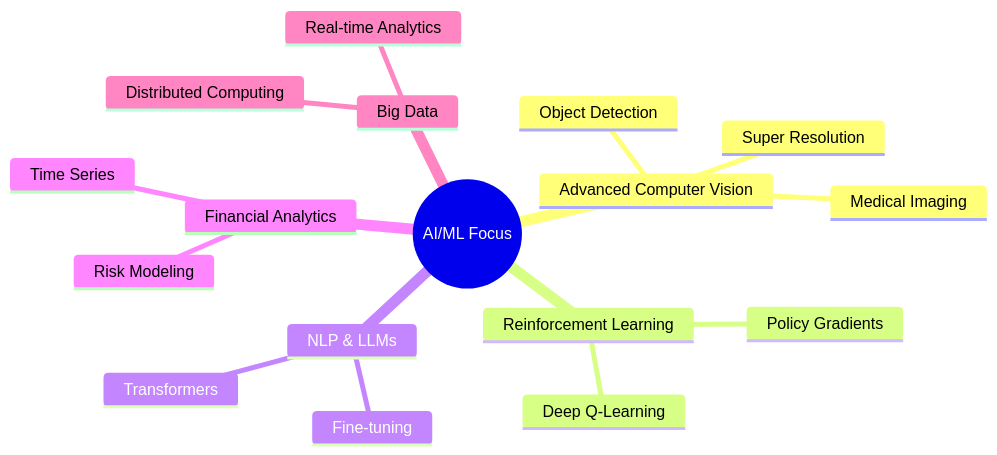
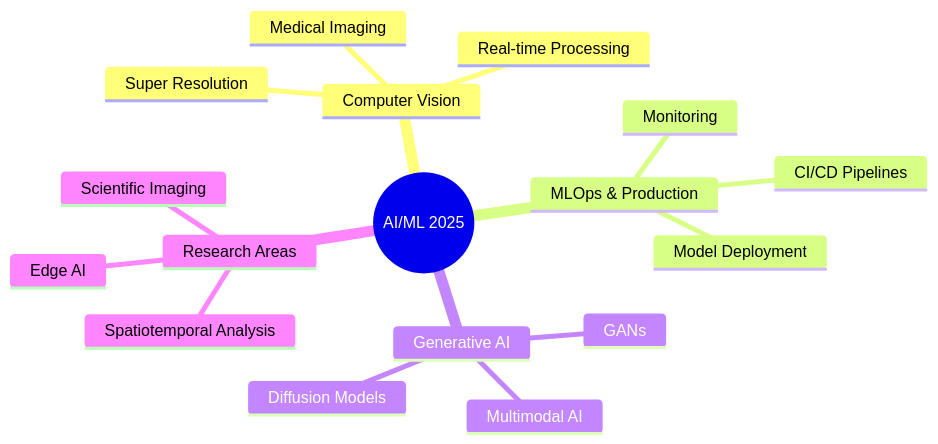
Before and after one commit to randika-CJ/randika-CJ: the diagram in README.md, drawn with Mermaid. The commit also changed other lines of this file, not shown here.

````diff
--- a/README.md
+++ b/README.md
@@ -193,20 +224,20 @@
 ```mermaid
 mindmap
-  root((AI/ML Focus))
-    Advanced Computer Vision
+  root((AI/ML 2025))
+    Computer Vision
       Super Resolution
       Medical Imaging
-      Object Detection
-    Reinforcement Learning
-      Deep Q-Learning
-      Policy Gradients
-    NLP & LLMs
-      Transformers
-      Fine-tuning
-    Financial Analytics
-      Time Series
-      Risk Modeling
-    Big Data
-      Distributed Computing
-      Real-time Analytics
+      Real-time Processing
+    MLOps & Production
+      Model Deployment
+      CI/CD Pipelines  
+      Monitoring
+    Generative AI
+      Diffusion Models
+      GANs
+      Multimodal AI
+    Research Areas
+      Scientific Imaging
+      Spatiotemporal Analysis
+      Edge AI
 ```
````
